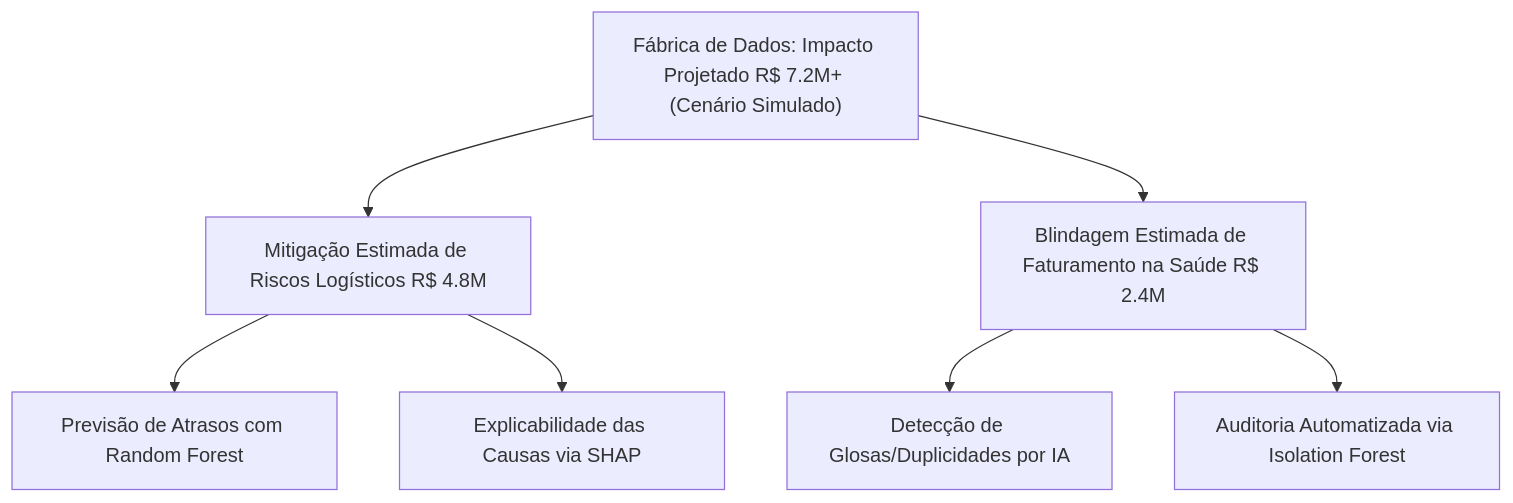
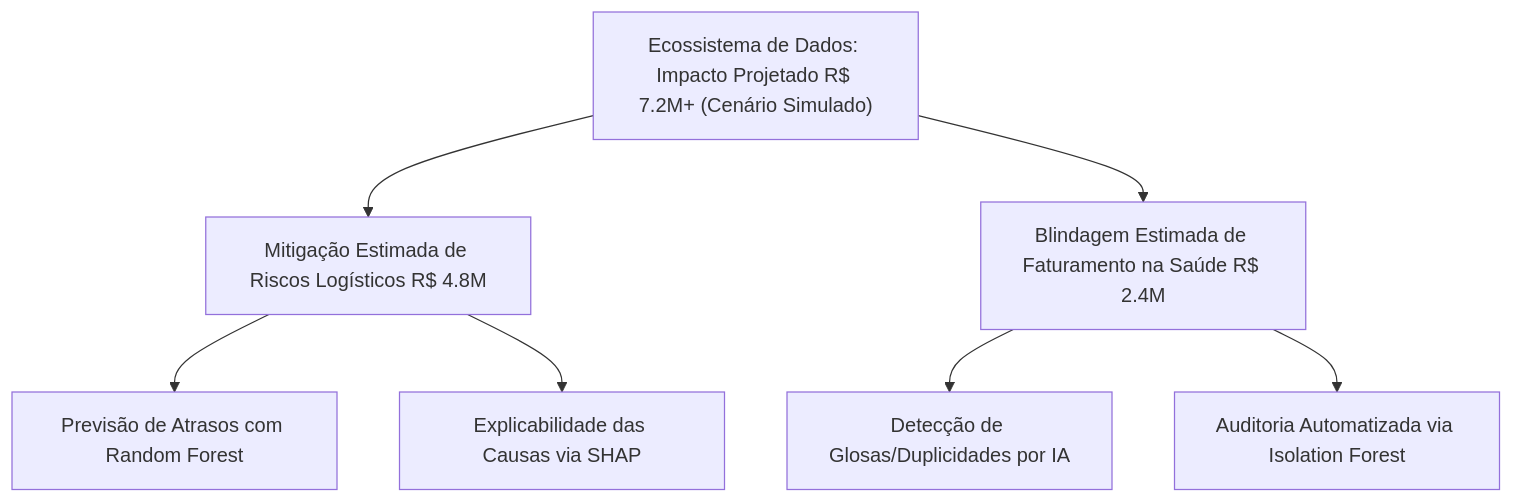
The diagram in walkthrough_mestre.md (Luh-gif/Portfolio-Ciencia-de-dados-), drawn with Mermaid before and after one commit. The commit also changed other lines of this file and 1 other file, not shown here.

Commit message:
docs: simplifica postura para Cientista de Dados e remove referencias a Fabrica nos titulos

````diff
--- a/walkthrough_mestre.md
+++ b/walkthrough_mestre.md
@@ -11,9 +11,9 @@
 ```mermaid
 graph TD
-    A["Fábrica de Dados: Impacto Projetado R$ 7.2M+ (Cenário Simulado)"] --> B["Mitigação Estimada de Riscos Logísticos R$ 4.8M"]
+    A["Ecossistema de Dados: Impacto Projetado R$ 7.2M+ (Cenário Simulado)"] --> B["Mitigação Estimada de Riscos Logísticos R$ 4.8M"]
     A --> C["Blindagem Estimada de Faturamento na Saúde R$ 2.4M"]
     B --> B1[Previsão de Atrasos com Random Forest]
     B --> B2[Explicabilidade das Causas via SHAP]
     C --> C1[Detecção de Glosas/Duplicidades por IA]
     C --> C2[Auditoria Automatizada via Isolation Forest]
 ```
````
